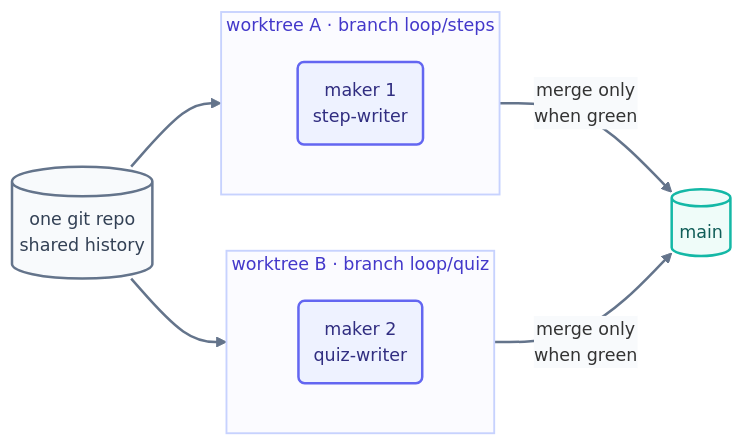
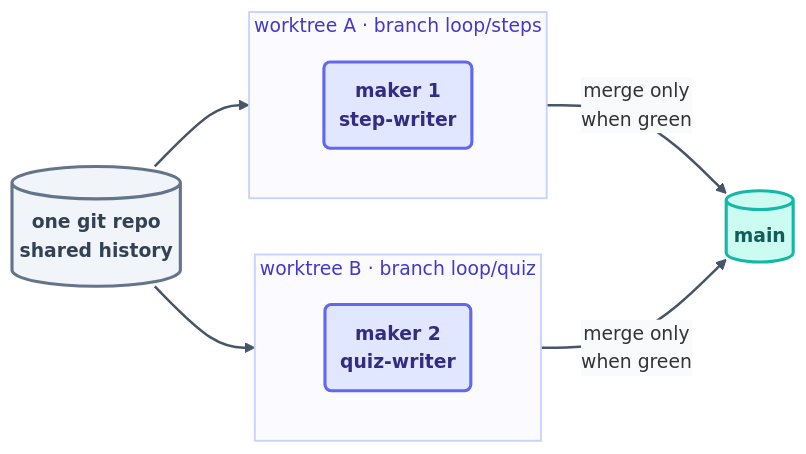
One commit to ayeshakhalid192007-dev/LoopEngineering-CrashCourse changed the diagram in docs/05-part-3-the-body/08-worktrees.md. Above: the diagram before and after it, drawn with Mermaid. The commit also changed 66 other files, not shown here.

First line of the commit message:
docs(diagrams): visibly bolder pass — deeper fills, heavier strokes, semibold labels

````diff
--- a/docs/05-part-3-the-body/08-worktrees.md
+++ b/docs/05-part-3-the-body/08-worktrees.md
@@ -30,20 +30,20 @@
 ```mermaid
-%%{init: {'theme':'base','themeVariables':{'fontFamily':'ui-sans-serif, system-ui, sans-serif','fontSize':'14px','lineColor':'#64748b','edgeLabelBackground':'#f8fafc'},'flowchart':{'curve':'basis','nodeSpacing':45,'rankSpacing':55,'padding':12}}}%%
+%%{init: {'theme':'base','themeVariables':{'fontFamily':'ui-sans-serif, system-ui, sans-serif','fontSize':'15px','lineColor':'#475569','edgeLabelBackground':'#f8fafc'},'flowchart':{'curve':'basis','nodeSpacing':45,'rankSpacing':55,'padding':12}}}%%
 flowchart LR
     R[("one git repo<br/>shared history")]:::file --> W1
     R --> W2
     subgraph W1 ["worktree A · branch loop/steps"]
       M1("maker 1<br/>step-writer"):::maker
     end
     subgraph W2 ["worktree B · branch loop/quiz"]
       M2("maker 2<br/>quiz-writer"):::maker
     end
     W1 -->|"merge only<br/>when green"| MAIN[("main")]:::win
     W2 -->|"merge only<br/>when green"| MAIN
-    linkStyle default stroke:#64748b,stroke-width:2px;
-    classDef file fill:#f8fafc,stroke:#64748b,stroke-width:2px,color:#334155;
-    classDef maker fill:#eef2ff,stroke:#6366f1,stroke-width:2px,color:#312e81;
-    classDef win fill:#effcf9,stroke:#14b8a6,stroke-width:2px,color:#115e59;
+    linkStyle default stroke:#475569,stroke-width:2px;
+    classDef file fill:#f1f5f9,stroke:#64748b,stroke-width:2.5px,color:#334155,font-weight:600;
+    classDef maker fill:#e0e7ff,stroke:#6366f1,stroke-width:2.5px,color:#312e81,font-weight:600;
+    classDef win fill:#ccfbf1,stroke:#14b8a6,stroke-width:2.5px,color:#115e59,font-weight:600;
     style W1 fill:#fbfbff,stroke:#c7d2fe,stroke-width:1.5px,color:#4338ca;
     style W2 fill:#fbfbff,stroke:#c7d2fe,stroke-width:1.5px,color:#4338ca;
 ```
````
